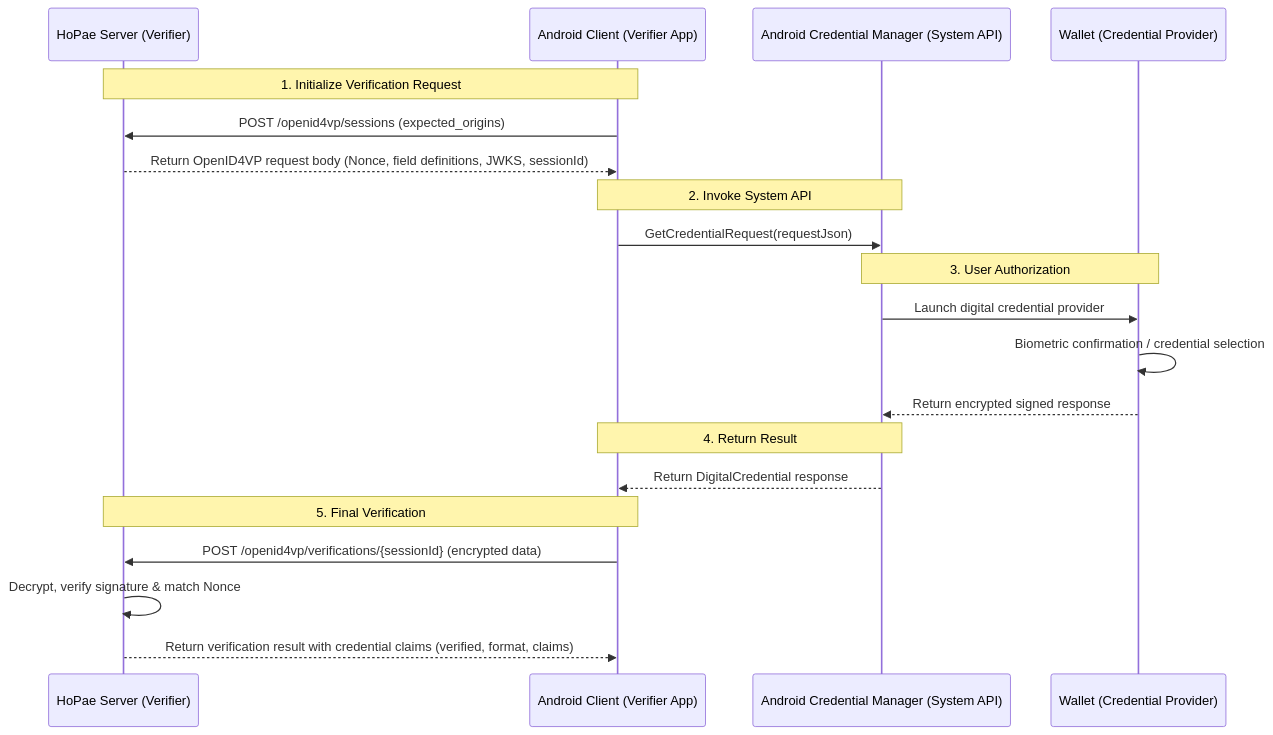
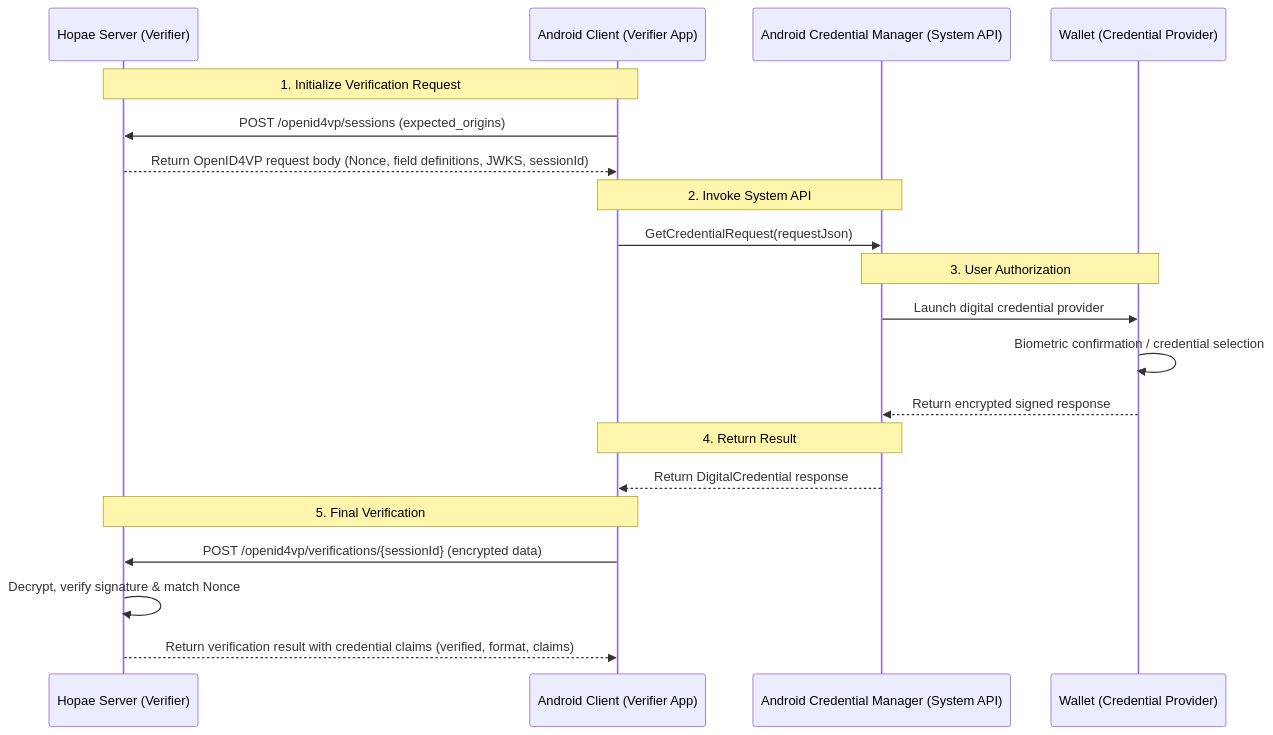
Before and after one commit to iata-poc/iata-dat-poc-c2-verifying-digital-identity-in-distribution-process: the diagram in android-api-example/README.md, drawn with Mermaid.

Commit message:
Fix typo in participant name in sequence diagram

````diff
--- a/android-api-example/README.md
+++ b/android-api-example/README.md
@@ -17,27 +17,27 @@
 ```mermaid
  sequenceDiagram
-      participant S as HoPae Server (Verifier)
+      participant S as Hopae Server (Verifier)
       participant C as Android Client (Verifier App)                                                                                                                                             
       participant CM as Android Credential Manager (System API)
       participant W as Wallet (Credential Provider)                                                                                                                                            
 
       Note over S, C: 1. Initialize Verification Request
       C->>S: POST /openid4vp/sessions (expected_origins)
       S-->>C: Return OpenID4VP request body (Nonce, field definitions, JWKS, sessionId)
 
       Note over C, CM: 2. Invoke System API
       C->>CM: GetCredentialRequest(requestJson)
 
       Note over CM, W: 3. User Authorization
       CM->>W: Launch digital credential provider
       W->>W: Biometric confirmation / credential selection
       W-->>CM: Return encrypted signed response
 
       Note over CM, C: 4. Return Result
       CM-->>C: Return DigitalCredential response
 
       Note over C, S: 5. Final Verification
       C->>S: POST /openid4vp/verifications/{sessionId} (encrypted data)
       S->>S: Decrypt, verify signature & match Nonce
       S-->>C: Return verification result with credential claims (verified, format, claims)
 ```
````
